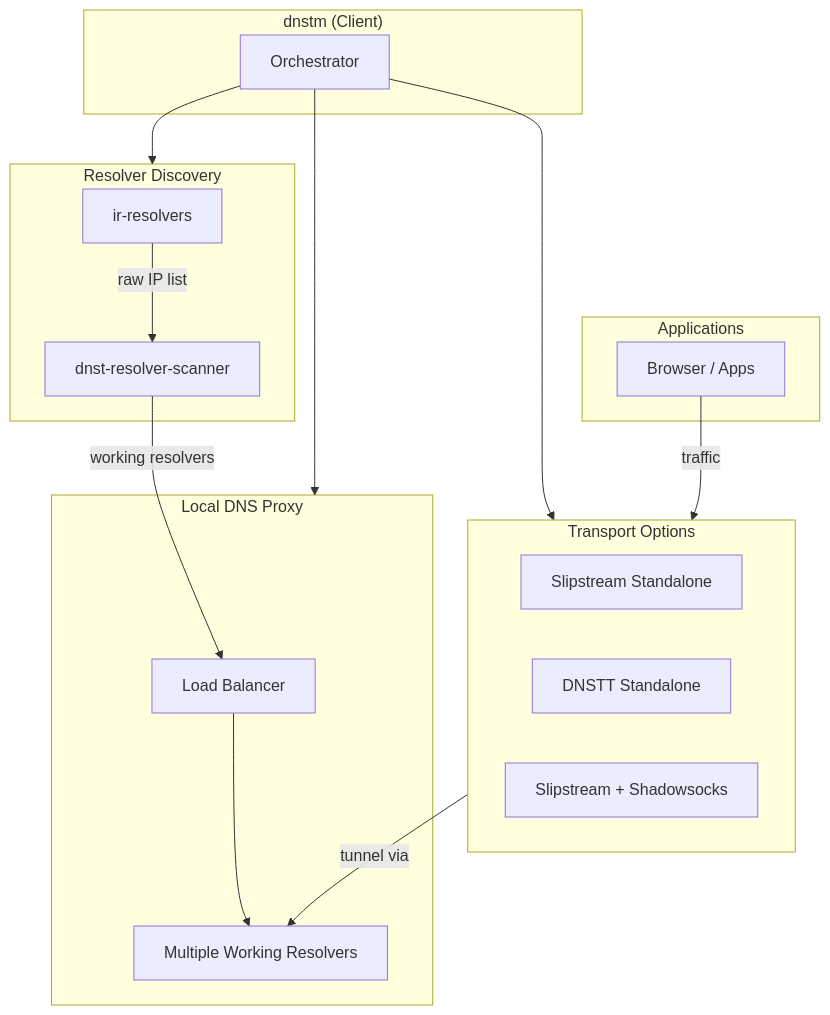
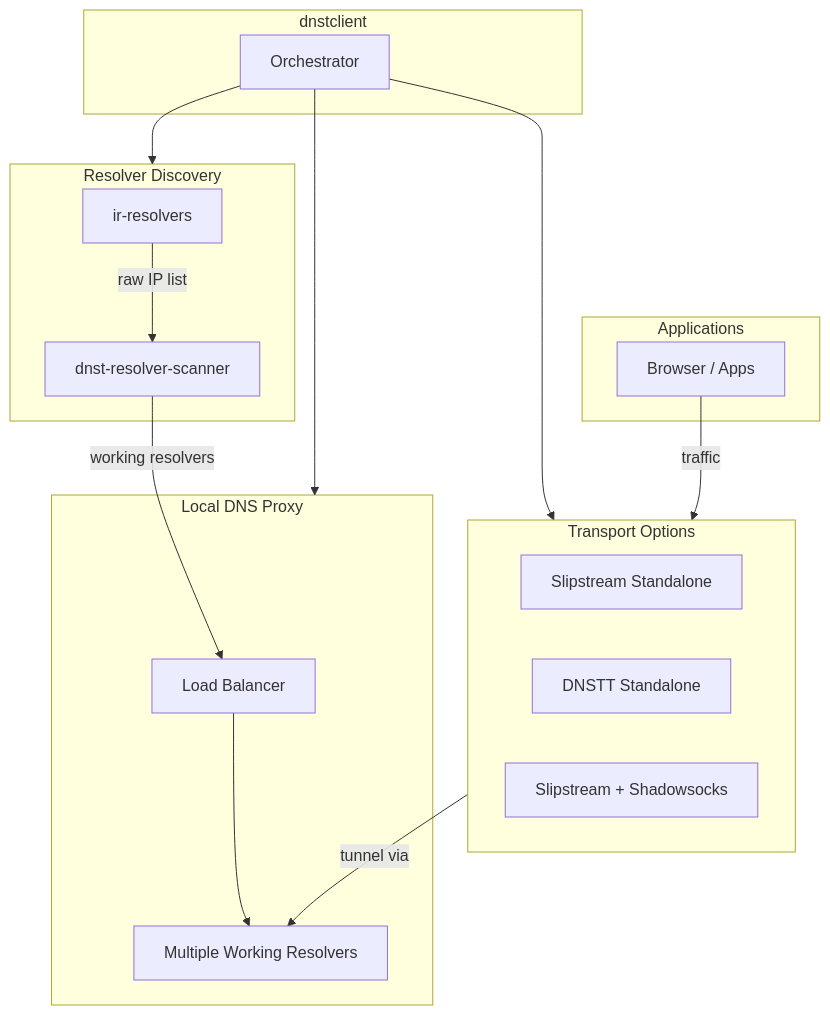
One commit to net2share/.github changed the second of 3 diagrams in profile/README.md. Above: the diagram before and after it, drawn with Mermaid. The commit also changed other lines of this file, not shown here.

Commit message:
docs: separate dnstclient from dnstm as standalone project

````diff
--- a/profile/README.md
+++ b/profile/README.md
@@ -162,35 +162,35 @@
 ```mermaid
 flowchart TB
     subgraph resolver_discovery["Resolver Discovery"]
         A[ir-resolvers]
         B[dnst-resolver-scanner]
     end
 
     subgraph dns_proxy["Local DNS Proxy"]
         C[Load Balancer]
         D[Multiple Working Resolvers]
     end
 
-    subgraph client["dnstm (Client)"]
+    subgraph client["dnstclient"]
         E[Orchestrator]
     end
 
     subgraph transports["Transport Options"]
         F[Slipstream Standalone]
         G[DNSTT Standalone]
         H[Slipstream + Shadowsocks]
     end
 
     subgraph apps["Applications"]
         I[Browser / Apps]
     end
 
     A -->|raw IP list| B
     B -->|working resolvers| C
     C --> D
     E --> resolver_discovery
     E --> dns_proxy
     E --> transports
     transports -->|tunnel via| D
     I -->|traffic| transports
 ```
````
